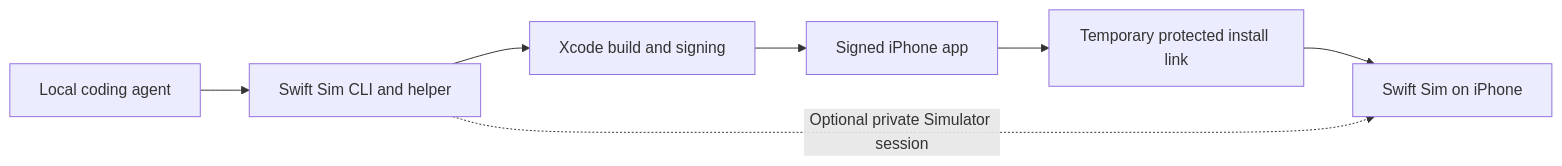
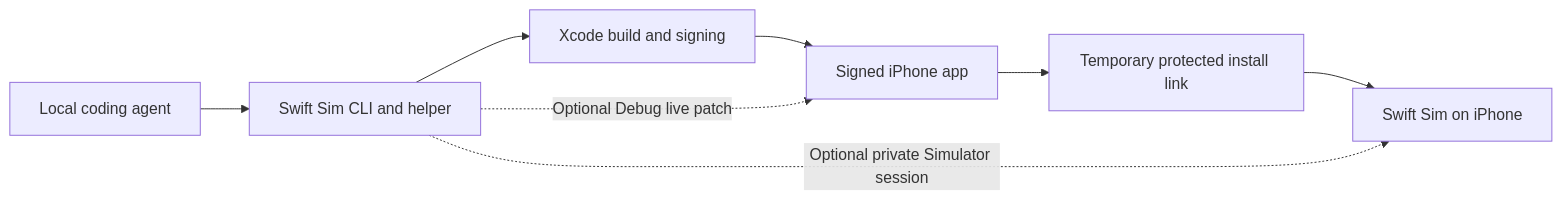
The diagram in README.md (Miguelosaurus/Swift-Sim), drawn with Mermaid before and after one commit. The commit also changed other lines of this file and 30 other files, not shown here.

````diff
--- a/README.md
+++ b/README.md
@@ -41,9 +41,10 @@
 ```mermaid
 flowchart LR
     Agent["Local coding agent"] --> Helper["Swift Sim CLI and helper"]
     Helper --> Xcode["Xcode build and signing"]
     Xcode --> Build["Signed iPhone app"]
     Build --> Tunnel["Temporary protected install link"]
     Tunnel --> Phone["Swift Sim on iPhone"]
+    Helper -. "Optional Debug live patch" .-> Build
     Helper -. "Optional private Simulator session" .-> Phone
 ```
````
